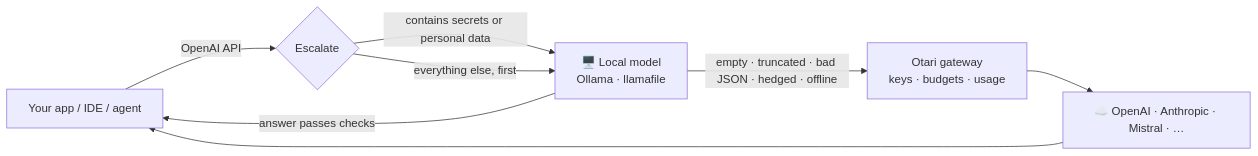
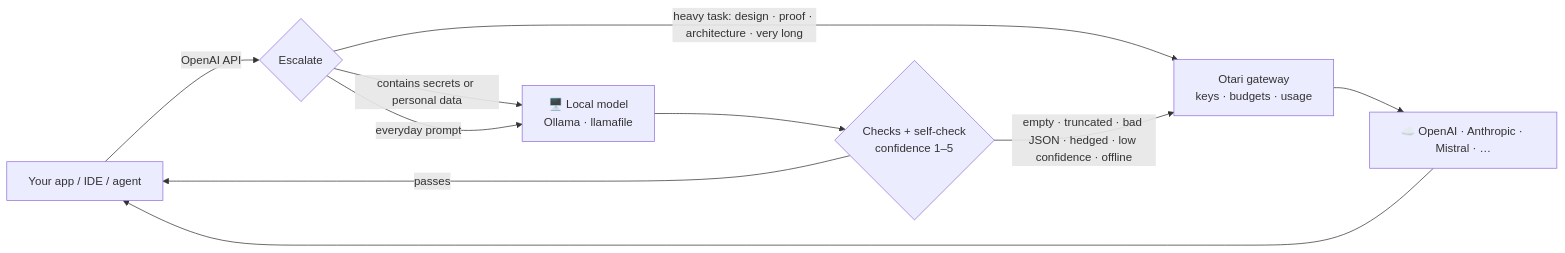
One commit to BernardOnuh/escalate changed the diagram in README.md. Above: the diagram before and after it, drawn with Mermaid. The commit also changed other lines of this file and 4 other files, not shown here.

First line of the commit message:
Escalate on low self-confidence and heavy tasks; add real results

````diff
--- a/README.md
+++ b/README.md
@@ -32,10 +32,12 @@
 ```mermaid
 flowchart LR
     A[Your app / IDE / agent] -->|OpenAI API| E{Escalate}
     E -->|contains secrets or personal data| L[🖥️ Local model<br/>Ollama · llamafile]
-    E -->|everything else, first| L
-    L -->|answer passes checks| A
-    L -->|empty · truncated · bad JSON · hedged · offline| O[Otari gateway<br/>keys · budgets · usage]
+    E -->|everyday prompt| L
+    E -->|heavy task: design · proof · architecture · very long| O
+    L --> C{Checks + self-check<br/>confidence 1–5}
+    C -->|passes| A
+    C -->|empty · truncated · bad JSON · hedged · low confidence · offline| O[Otari gateway<br/>keys · budgets · usage]
     O --> P[☁️ OpenAI · Anthropic · Mistral · …]
     P --> A
 ```
````
